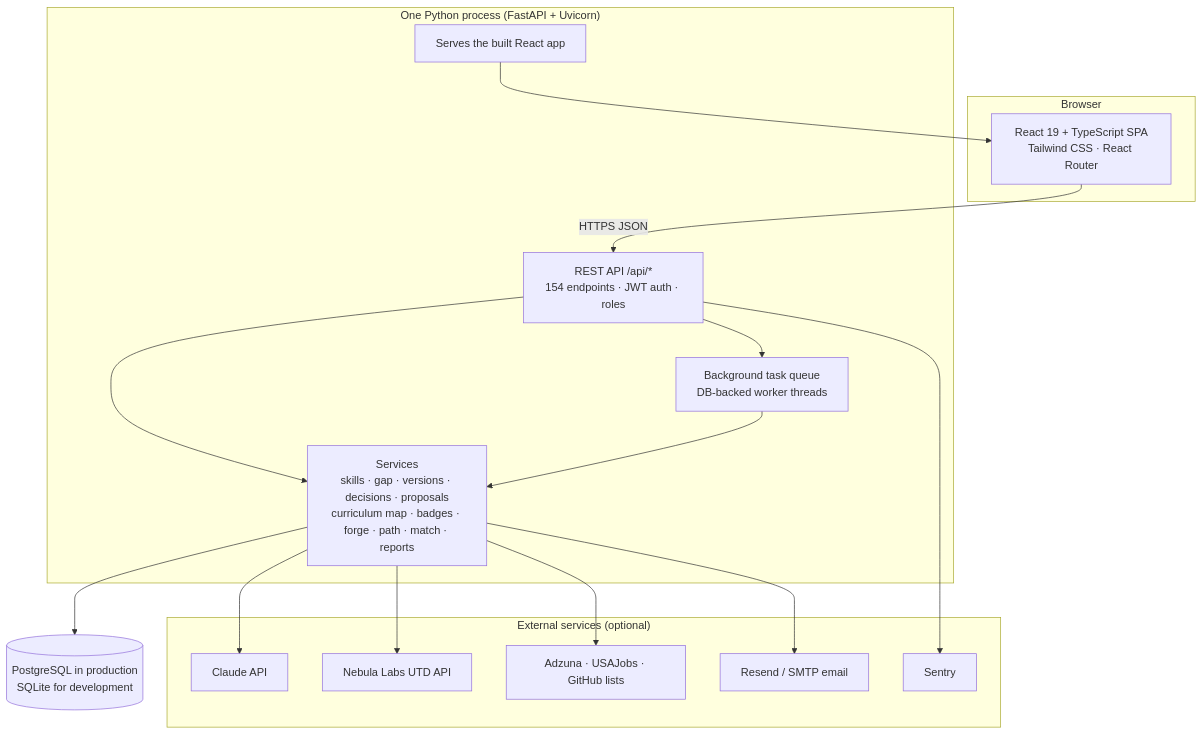
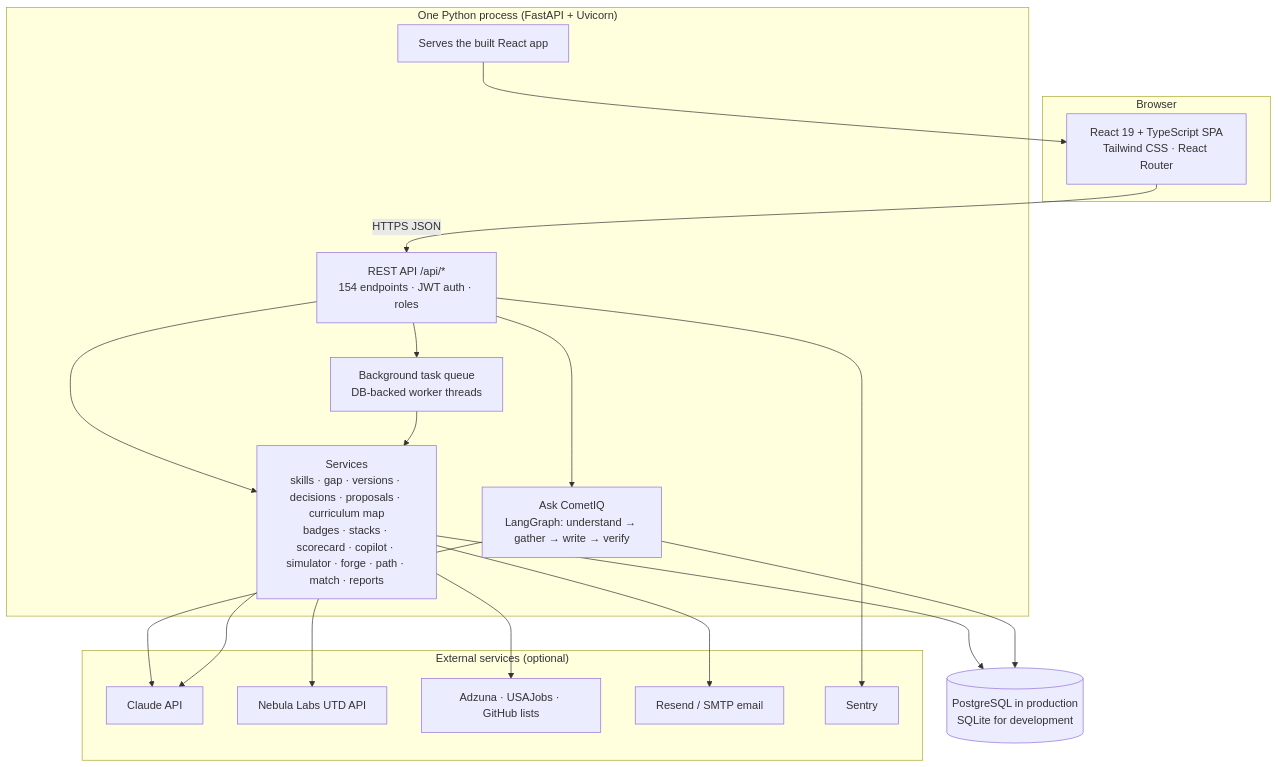
The second of 2 diagrams in docs/overview/CometIQ-Project-Overview.md (atharvaa8923/CometIQ), drawn with Mermaid before and after one commit. The commit also changed other lines of this file and 47 other files, not shown here.

````diff
--- a/docs/overview/CometIQ-Project-Overview.md
+++ b/docs/overview/CometIQ-Project-Overview.md
@@ -317,26 +375,29 @@
 ```mermaid
 flowchart TB
     subgraph Browser
         UI[React 19 + TypeScript SPA<br/>Tailwind CSS · React Router]
     end
     subgraph Server["One Python process (FastAPI + Uvicorn)"]
         API[REST API /api/*<br/>154 endpoints · JWT auth · roles]
-        SVC[Services<br/>skills · gap · versions · decisions · proposals<br/>curriculum map · badges · forge · path · match · reports]
+        SVC[Services<br/>skills · gap · versions · decisions · proposals · curriculum map<br/>badges · stacks · scorecard · copilot · simulator · forge · path · match · reports]
+        AGENT[Ask CometIQ<br/>LangGraph: understand → gather → write → verify]
         Q[Background task queue<br/>DB-backed worker threads]
         STATIC[Serves the built React app]
     end
     DB[(PostgreSQL in production<br/>SQLite for development)]
     subgraph External["External services (optional)"]
         CL[Claude API]
         NB[Nebula Labs UTD API]
         JB[Adzuna · USAJobs · GitHub lists]
         EM[Resend / SMTP email]
         SE[Sentry]
     end
     UI -->|HTTPS JSON| API
     API --> SVC --> DB
+    API --> AGENT --> DB
+    AGENT --> CL
     API --> Q --> SVC
     SVC --> CL & NB & JB & EM
     API --> SE
     STATIC --> UI
 ```
````
